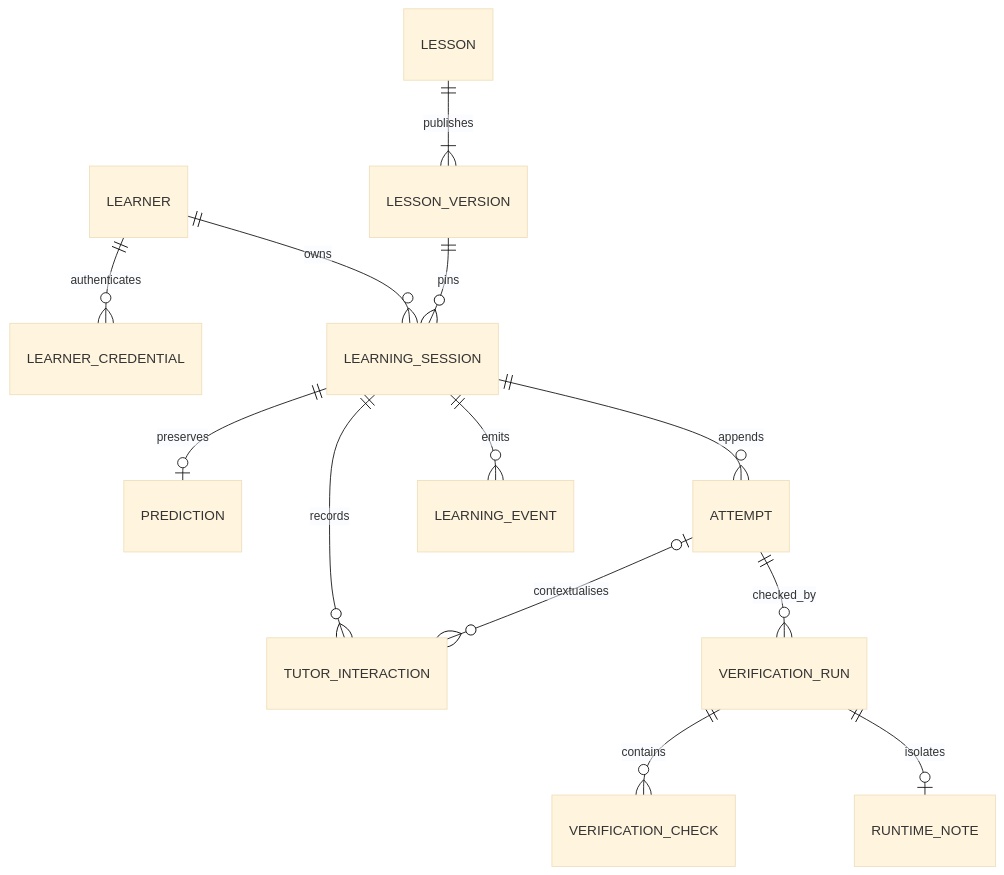
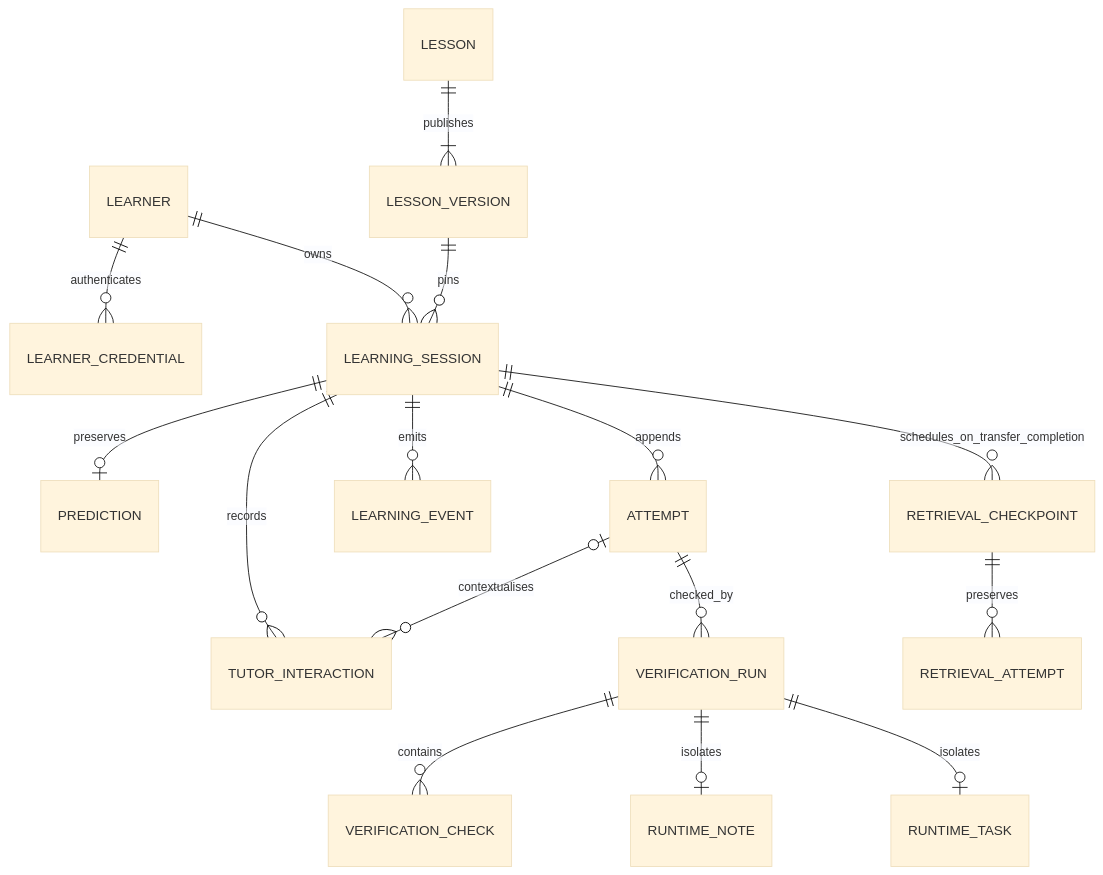
The diagram in docs/architecture/data-model.md (Sohaib7932/trace), drawn with Mermaid (base theme) before and after one commit. The commit also changed other lines of this file and 51 other files, not shown here.

First line of the commit message:
feat(learning): add transfer challenge and spaced retrieval

````diff
--- a/docs/architecture/data-model.md
+++ b/docs/architecture/data-model.md
@@ -7,15 +7,18 @@
 ```mermaid
 erDiagram
   LEARNER ||--o{ LEARNER_CREDENTIAL : authenticates
   LEARNER ||--o{ LEARNING_SESSION : owns
   LESSON ||--|{ LESSON_VERSION : publishes
   LESSON_VERSION ||--o{ LEARNING_SESSION : pins
   LEARNING_SESSION ||--o| PREDICTION : preserves
   LEARNING_SESSION ||--o{ ATTEMPT : appends
   LEARNING_SESSION ||--o{ TUTOR_INTERACTION : records
   ATTEMPT o|--o{ TUTOR_INTERACTION : contextualises
   ATTEMPT ||--o{ VERIFICATION_RUN : checked_by
   VERIFICATION_RUN ||--o{ VERIFICATION_CHECK : contains
   VERIFICATION_RUN ||--o| RUNTIME_NOTE : isolates
+  VERIFICATION_RUN ||--o| RUNTIME_TASK : isolates
   LEARNING_SESSION ||--o{ LEARNING_EVENT : emits
+  LEARNING_SESSION ||--o{ RETRIEVAL_CHECKPOINT : schedules_on_transfer_completion
+  RETRIEVAL_CHECKPOINT ||--o{ RETRIEVAL_ATTEMPT : preserves
 ```
````
